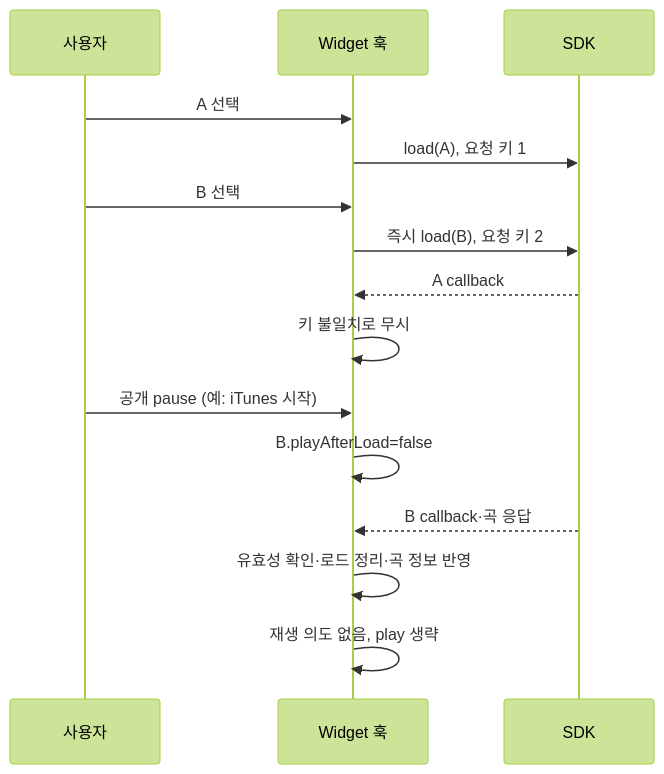
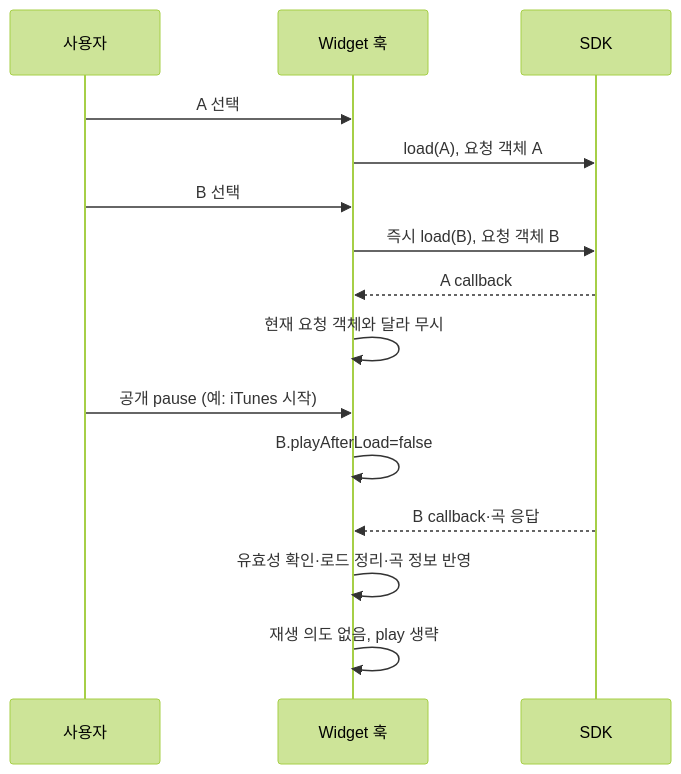
One commit to jsjweb0/newtronome changed the second of 2 diagrams in docs/player-refactoring-plan.md. Above: the diagram before and after it, drawn with Mermaid (forest theme). The commit also changed other lines of this file and 6 other files, not shown here.

````diff
--- a/docs/player-refactoring-plan.md
+++ b/docs/player-refactoring-plan.md
@@ -111,17 +110,17 @@
 ```mermaid
 sequenceDiagram
     participant U as 사용자
     participant H as Widget 훅
     participant W as SDK
     U->>H: A 선택
-    H->>W: load(A), 요청 키 1
+    H->>W: load(A), 요청 객체 A
     U->>H: B 선택
-    H->>W: 즉시 load(B), 요청 키 2
+    H->>W: 즉시 load(B), 요청 객체 B
     W-->>H: A callback
-    H->>H: 키 불일치로 무시
+    H->>H: 현재 요청 객체와 달라 무시
     U->>H: 공개 pause (예: iTunes 시작)
     H->>H: B.playAfterLoad=false
     W-->>H: B callback·곡 응답
     H->>H: 유효성 확인·로드 정리·곡 정보 반영
     H->>H: 재생 의도 없음, play 생략
 ```
````
